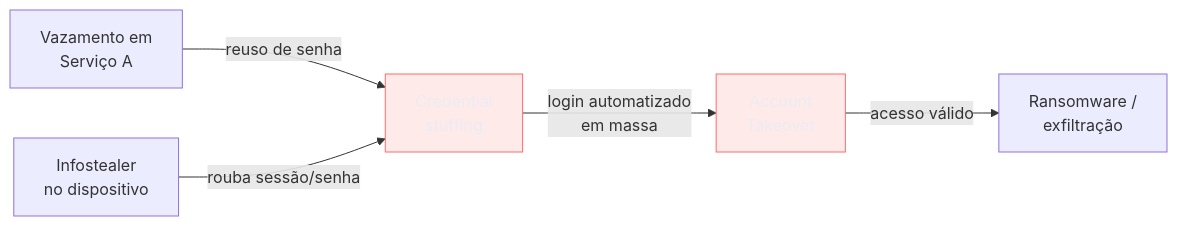
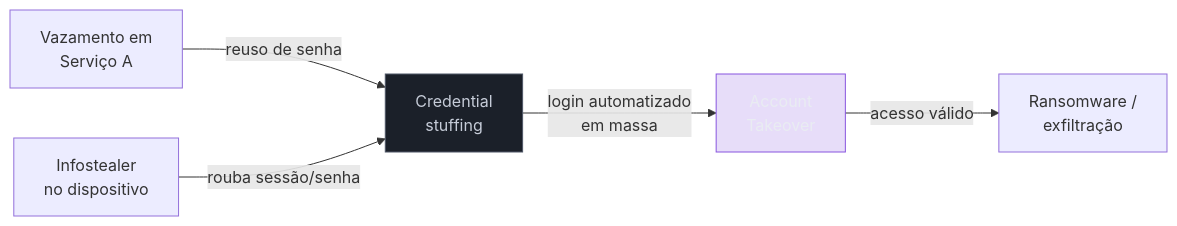
Before and after one commit to josenaldo/codex-technomanticus: the third of 4 diagrams in 03-Dominios/Engenharia/Auth e Identidade/1 - Fundamentos de identidade/01 - Identidade, autenticação e autorização — o mapa.md, drawn with Mermaid. The commit also changed other lines of this file and 601 other files, not shown here.

````diff
--- a/03-Dominios/Engenharia/Auth e Identidade/1 - Fundamentos de identidade/01 - Identidade, autenticação e autorização — o mapa.md
+++ b/03-Dominios/Engenharia/Auth e Identidade/1 - Fundamentos de identidade/01 - Identidade, autenticação e autorização — o mapa.md
@@ -178,11 +178,12 @@
 ```mermaid
 graph LR
-    classDef falha fill:#FF6B6B24,stroke:#FF6B6B,color:#E9ECF2
+    classDef marca fill:#8855DF33,stroke:#8855DF,color:#E9ECF2
+    classDef neutro fill:#1B2029,stroke:#4E5666,color:#C6CCD8
     L["Vazamento em<br/>Serviço A"] -->|"reuso de senha"| CS["Credential<br/>stuffing"]
     IS["Infostealer<br/>no dispositivo"] -->|"rouba sessão/senha"| CS
     CS -->|"login automatizado<br/>em massa"| ATO["Account<br/>Takeover"]
     ATO -->|"acesso válido"| RW["Ransomware /<br/>exfiltração"]
 
-    class CS falha
-    class ATO falha
+    class CS neutro
+    class ATO marca
 ```
````
